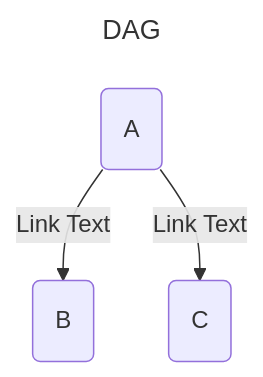
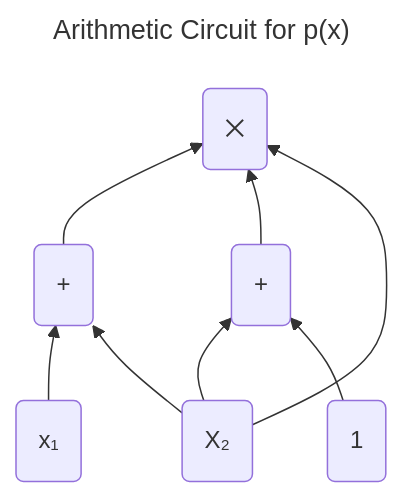
Before and after one commit to storopoli/storopoli.github.io: the diagram in content/posts/2024-06-08-zkp/index.md, drawn with Mermaid. The commit also changed other lines of this file and 1 other file, not shown here.

Commit message:
DAG circuits

```diff
--- a/content/posts/2024-06-08-zkp/index.md
+++ b/content/posts/2024-06-08-zkp/index.md
@@ -269,10 +281,16 @@
 {{<mermaid>}}
 ---
 
-title: DAG
+title: Arithmetic Circuit for p(x)
 ---
 
-graph TD
-  A(A) -- Link Text --> B(B)
-  A -- Link Text --> C(C)
+graph BT
+  X1(x₁) --> Plus1(+)
+  X2(X₂) --> Plus1
+  X2 --> Plus2(+)
+  One(1) --> Plus2
+  Plus1 --> Times(⨉)
+  Plus2 --> Times
+  X2 --> Times
+  
 {{</mermaid>}}
```
